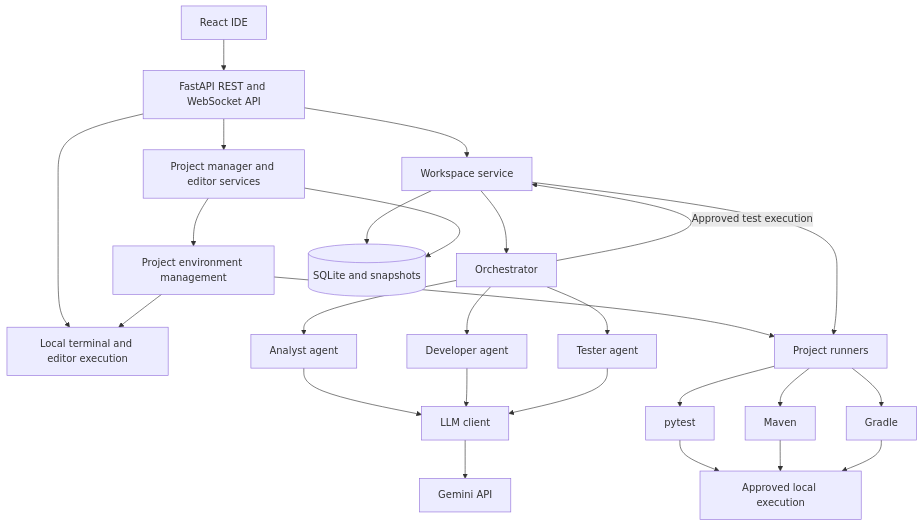
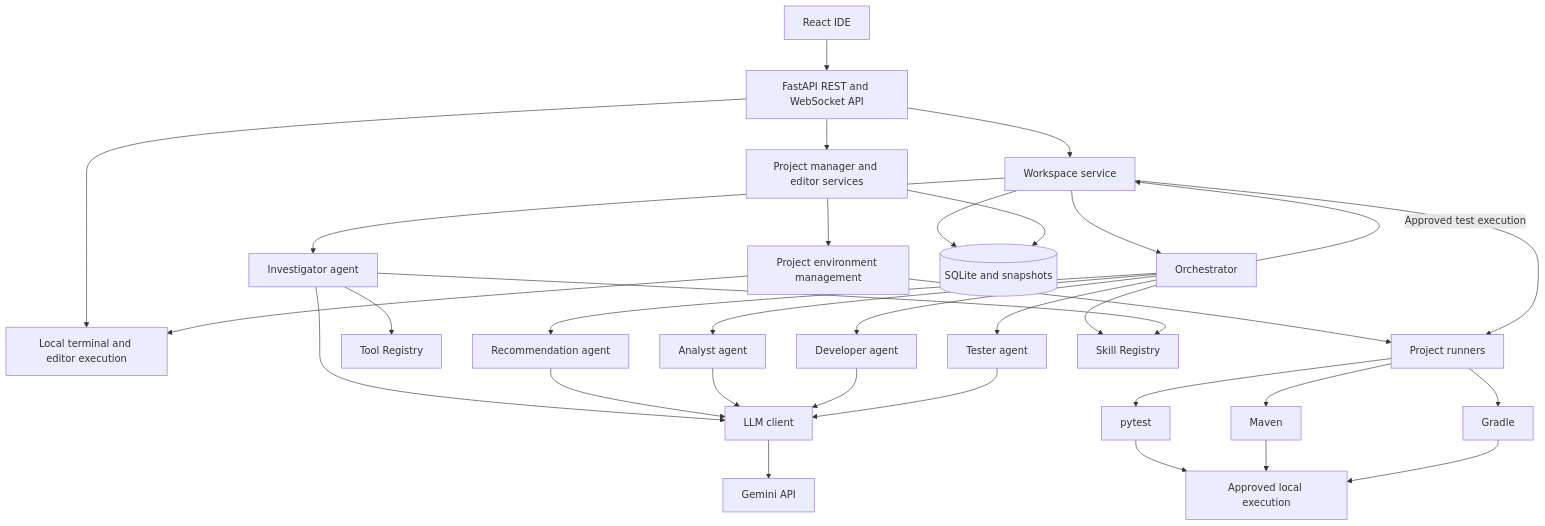
The first of 2 diagrams in README.md (cmartinferrer/cmf-dev-studio), drawn with Mermaid before and after one commit. The commit also changed other lines of this file and 6 other files, not shown here.

````diff
--- a/README.md
+++ b/README.md
@@ -63,28 +67,35 @@
 ```mermaid
 flowchart TD
     UI[React IDE] --> API[FastAPI REST and WebSocket API]
     API --> WS[Workspace service]
     API --> PM[Project manager and editor services]
     API --> PTY[Local terminal and editor execution]
     PM --> ENV[Project environment management]
     ENV --> PTY
     ENV --> R
+    WS --> I[Investigator agent]
+    I --> Tools[Tool Registry]
     WS --> O[Orchestrator]
     O --> A[Analyst agent]
     O --> D[Developer agent]
     O --> T[Tester agent]
+    O --> Rec[Recommendation agent]
+    O --> Skills[Skill Registry]
+    I --> Skills
+    I --> LLM
+    Rec --> LLM
     A --> LLM[LLM client]
     D --> LLM
     T --> LLM
     LLM --> G[Gemini API]
     O -->|Approved test execution| WS
     WS --> R[Project runners]
     R --> P[pytest]
     R --> M[Maven]
     R --> K[Gradle]
     P --> Local[Approved local execution]
     M --> Local
     K --> Local
     WS --> DB[(SQLite and snapshots)]
     PM --> DB
 ```
````
